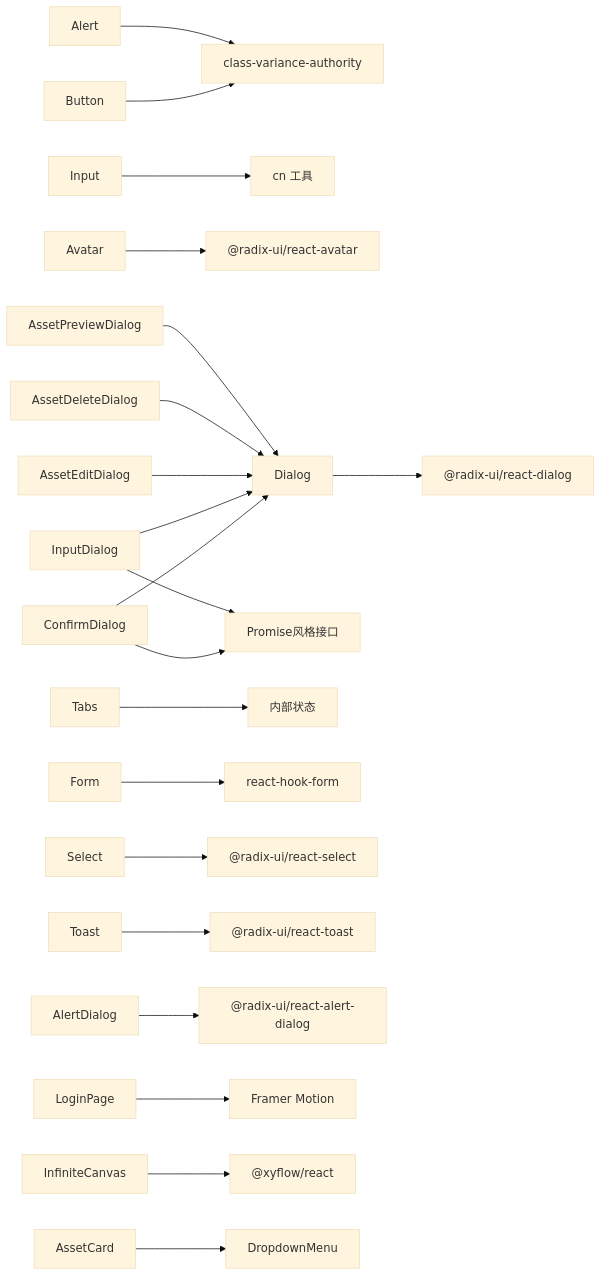
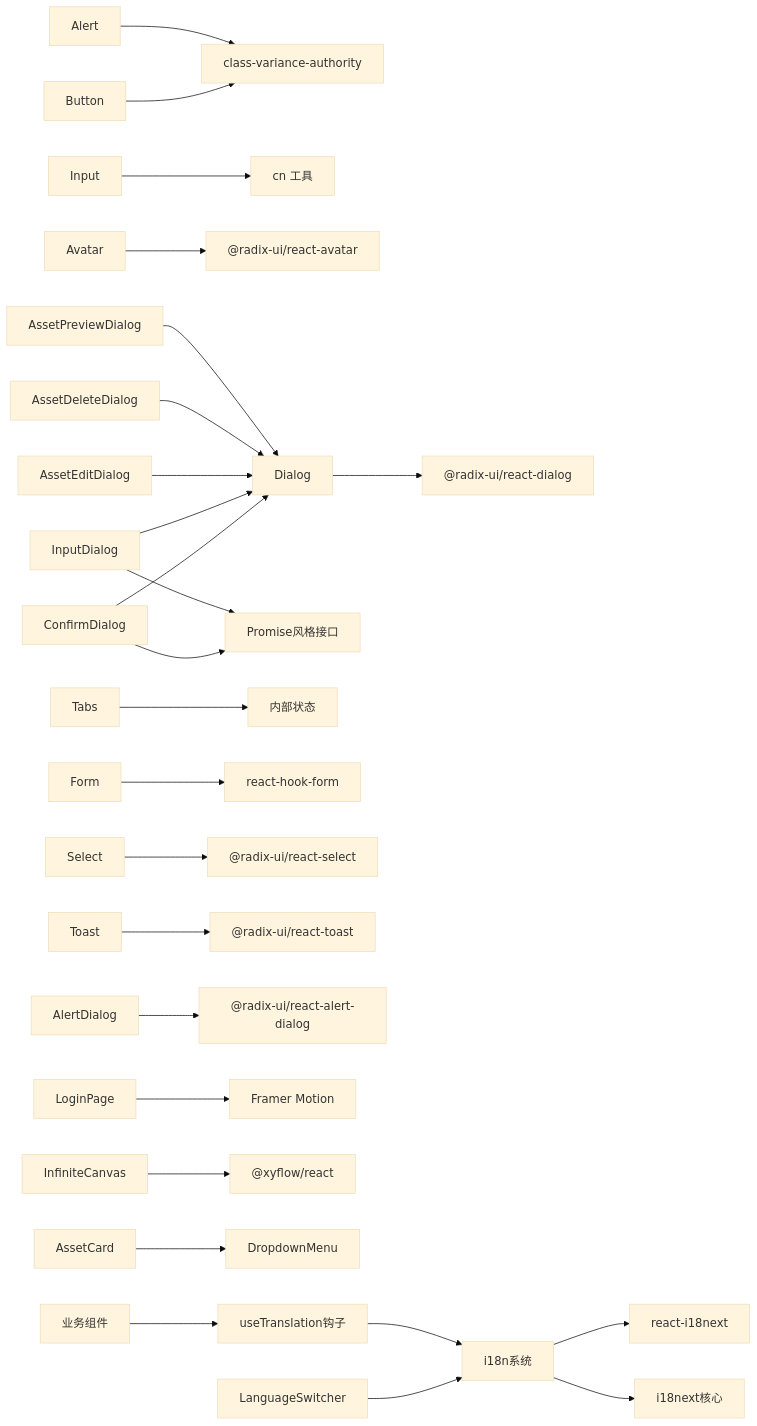
One commit to KunLabAI/KunFlix changed the tenth of 10 diagrams in .qoder/repowiki/zh/content/前端组件系统/UI组件库/UI组件库.md. Above: the diagram before and after it, drawn with Mermaid (base theme). The commit also changed other lines of this file and 78 other files, not shown here.

````diff
--- a/.qoder/repowiki/zh/content/前端组件系统/UI组件库/UI组件库.md
+++ b/.qoder/repowiki/zh/content/前端组件系统/UI组件库/UI组件库.md
@@ -760,23 +883,28 @@
 ```mermaid
 graph LR
 BTN["Button"] --> CVA["class-variance-authority"]
 INP["Input"] --> UTIL["cn 工具"]
 AV["Avatar"] --> RADIX_AV["@radix-ui/react-avatar"]
 DLG["Dialog"] --> RADIX_D["@radix-ui/react-dialog"]
 CDLG["ConfirmDialog"] --> DLG
 IDLG["InputDialog"] --> DLG
 CDLG --> PROMISE["Promise风格接口"]
 IDLG --> PROMISE
 TABS["Tabs"] --> STATE["内部状态"]
 FORM["Form"] --> RHF["react-hook-form"]
 SEL["Select"] --> RADIX_S["@radix-ui/react-select"]
 ALERT["Alert"] --> CVA
 TOAST["Toast"] --> RADIX_T["@radix-ui/react-toast"]
 AD["AlertDialog"] --> RADIX_AD["@radix-ui/react-alert-dialog"]
 LOGIN["LoginPage"] --> FM["Framer Motion"]
 THEATER["InfiniteCanvas"] --> RF["@xyflow/react"]
 ASSET["AssetCard"] --> DROP["DropdownMenu"]
 ASSET_EDIT["AssetEditDialog"] --> DLG
 ASSET_DELETE["AssetDeleteDialog"] --> DLG
 ASSET_PREVIEW["AssetPreviewDialog"] --> DLG
+I18N["i18n系统"] --> I18NEXT["react-i18next"]
+I18N --> I18NEXT_CORE["i18next核心"]
+LANG_SWITCHER["LanguageSwitcher"] --> I18N
+COMPONENTS["业务组件"] --> USE_TRANSLATION["useTranslation钩子"]
+USE_TRANSLATION --> I18N
 ```
````
